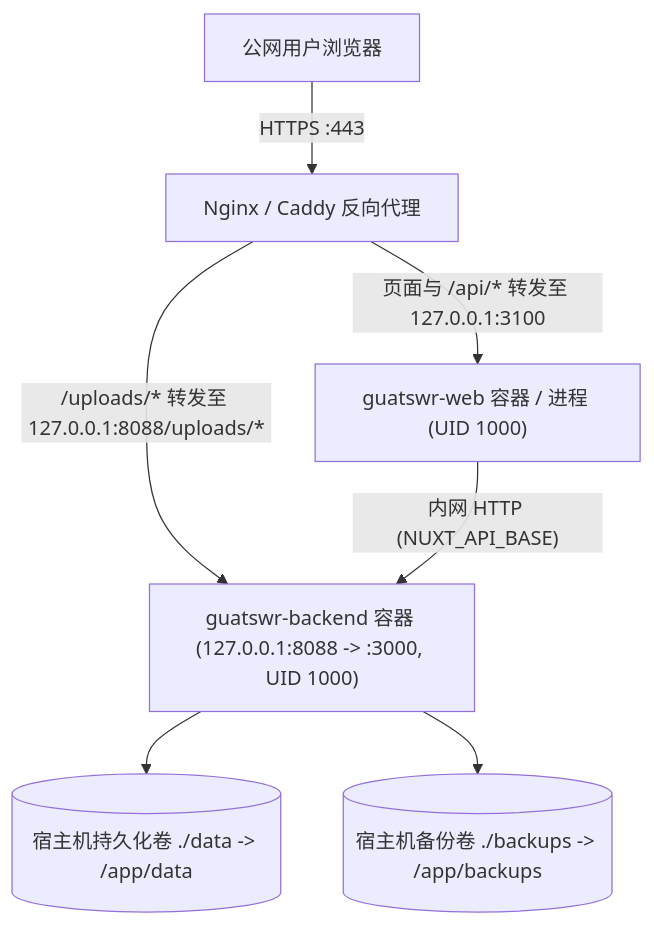
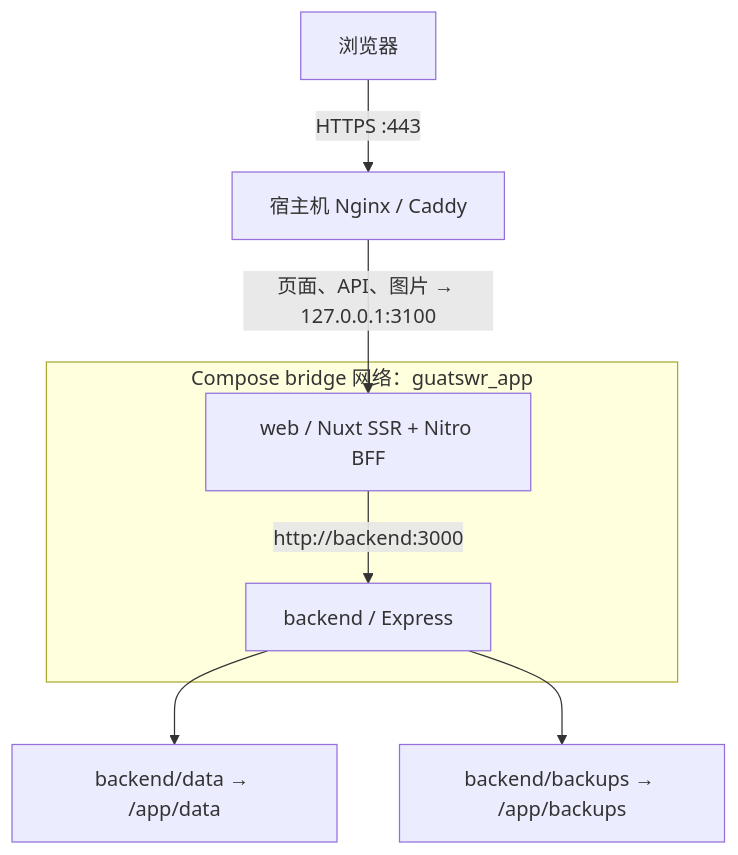
One commit to guatswr/GuatSWR_Website changed the second of 2 diagrams in README.md. Above: the diagram before and after it, drawn with Mermaid. The commit also changed other lines of this file and 4 other files, not shown here.

````diff
--- a/README.md
+++ b/README.md
@@ -468,9 +473,10 @@
 ```mermaid
 flowchart TB
-    Client["公网用户浏览器"] -->|"HTTPS :443"| Proxy["Nginx / Caddy 反向代理"]
-    Proxy -->|"页面与 /api/* 转发至 127.0.0.1:3100"| Nuxt["guatswr-web 容器 / 进程 (UID 1000)"]
-    Proxy -->|"/uploads/* 转发至 127.0.0.1:8088/uploads/*"| Express["guatswr-backend 容器 (127.0.0.1:8088 -> :3000, UID 1000)"]
-    Nuxt -->|"内网 HTTP (NUXT_API_BASE)"| Express
-    Express --> DataVol[("宿主机持久化卷 ./data -> /app/data")]
-    Express --> BackupVol[("宿主机备份卷 ./backups -> /app/backups")]
+    Client["浏览器"] -->|"HTTPS :443"| Proxy["宿主机 Nginx / Caddy"]
+    Proxy -->|"页面、API、图片 → 127.0.0.1:3100"| Web["web / Nuxt SSR + Nitro BFF"]
+    subgraph DockerNet["Compose bridge 网络：guatswr_app"]
+        Web -->|"http://backend:3000"| Backend["backend / Express"]
+    end
+    Backend --> Data["backend/data → /app/data"]
+    Backend --> Backups["backend/backups → /app/backups"]
 ```
````
